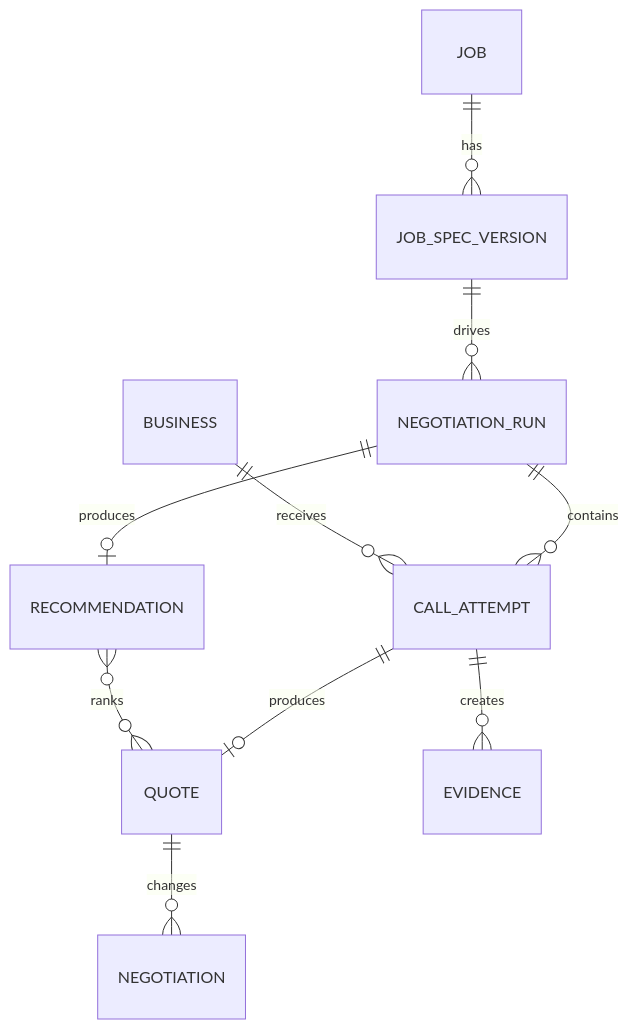
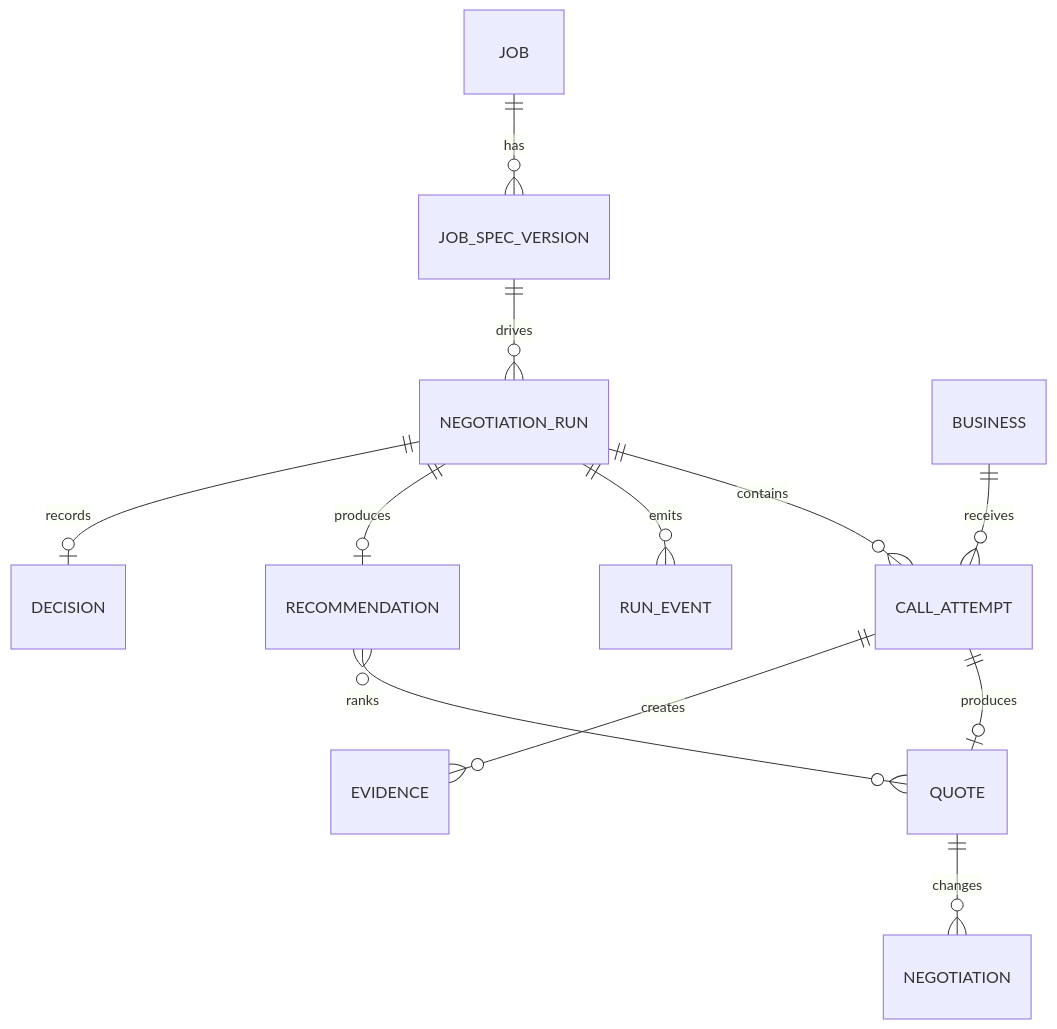
Before and after one commit to afnanahmadtariq/avnp: the diagram in docs/architecture/data-model.md, drawn with Mermaid. The commit also changed other lines of this file and 14 other files, not shown here.

````diff
--- a/docs/architecture/data-model.md
+++ b/docs/architecture/data-model.md
@@ -49,12 +61,14 @@
 ```mermaid
 erDiagram
   JOB ||--o{ JOB_SPEC_VERSION : has
   JOB_SPEC_VERSION ||--o{ NEGOTIATION_RUN : drives
   NEGOTIATION_RUN ||--o{ CALL_ATTEMPT : contains
+  NEGOTIATION_RUN ||--o{ RUN_EVENT : emits
   BUSINESS ||--o{ CALL_ATTEMPT : receives
   CALL_ATTEMPT ||--o| QUOTE : produces
   CALL_ATTEMPT ||--o{ EVIDENCE : creates
   QUOTE ||--o{ NEGOTIATION : changes
   NEGOTIATION_RUN ||--o| RECOMMENDATION : produces
   RECOMMENDATION }o--o{ QUOTE : ranks
+  NEGOTIATION_RUN ||--o| DECISION : records
 ```
````
